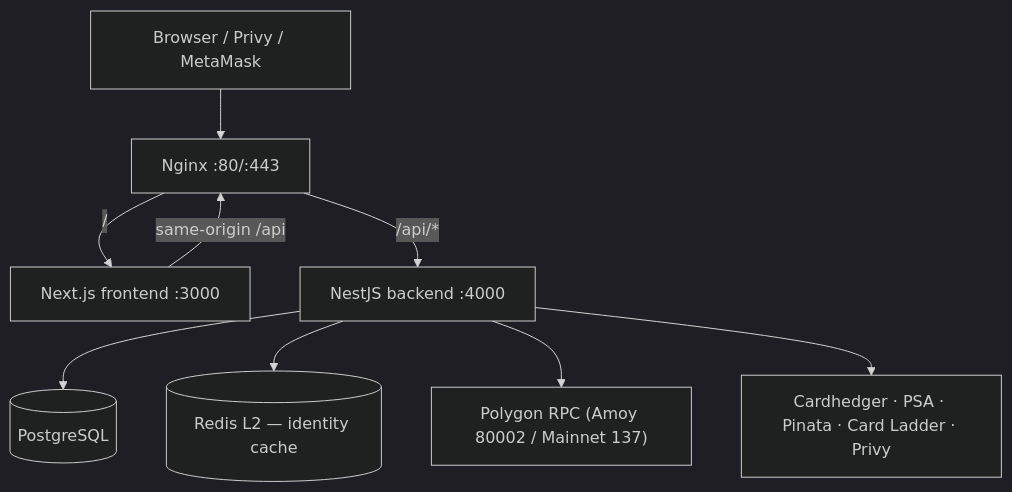
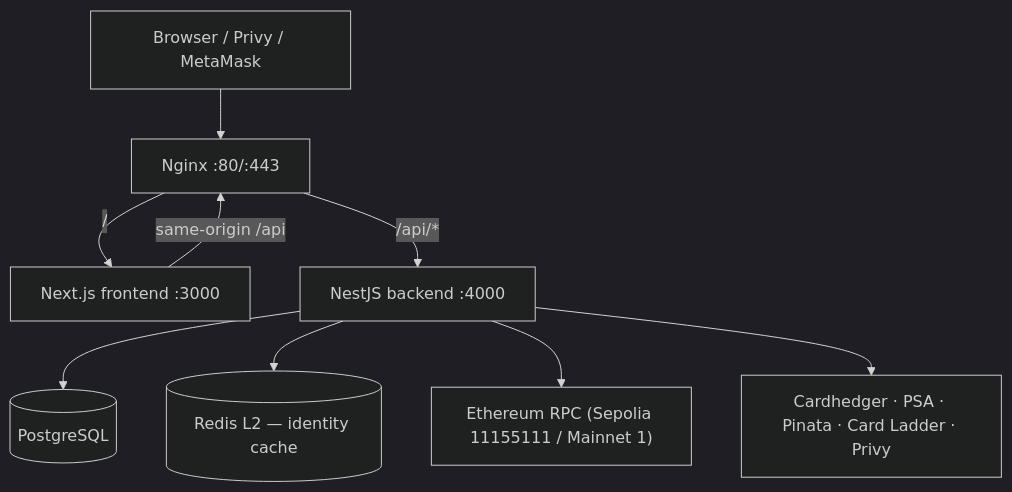
One commit to tokenable-dev/tokenable-dev changed the diagram in docs/architecture/overview.md. Above: the diagram before and after it, drawn with Mermaid (dark theme). The commit also changed other lines of this file and 512 other files, not shown here.

````diff
--- a/docs/architecture/overview.md
+++ b/docs/architecture/overview.md
@@ -5,20 +5,20 @@
 ```mermaid
 flowchart TB
     Browser["Browser / Privy / MetaMask"]
     Nginx["Nginx :80/:443"]
     FE["Next.js frontend :3000"]
     BE["NestJS backend :4000"]
     PG[("PostgreSQL")]
     RD[("Redis L2 — identity cache")]
-    RPC["Polygon RPC (Amoy 80002 / Mainnet 137)"]
+    RPC["Ethereum RPC (Sepolia 11155111 / Mainnet 1)"]
     EXT["Cardhedger · PSA · Pinata · Card Ladder · Privy"]
 
     Browser --> Nginx
     Nginx -->|"/"| FE
     Nginx -->|"/api/*"| BE
     BE --> PG
     BE --> RD
     BE --> RPC
     BE --> EXT
     FE -->|same-origin /api| Nginx
 ```
````
